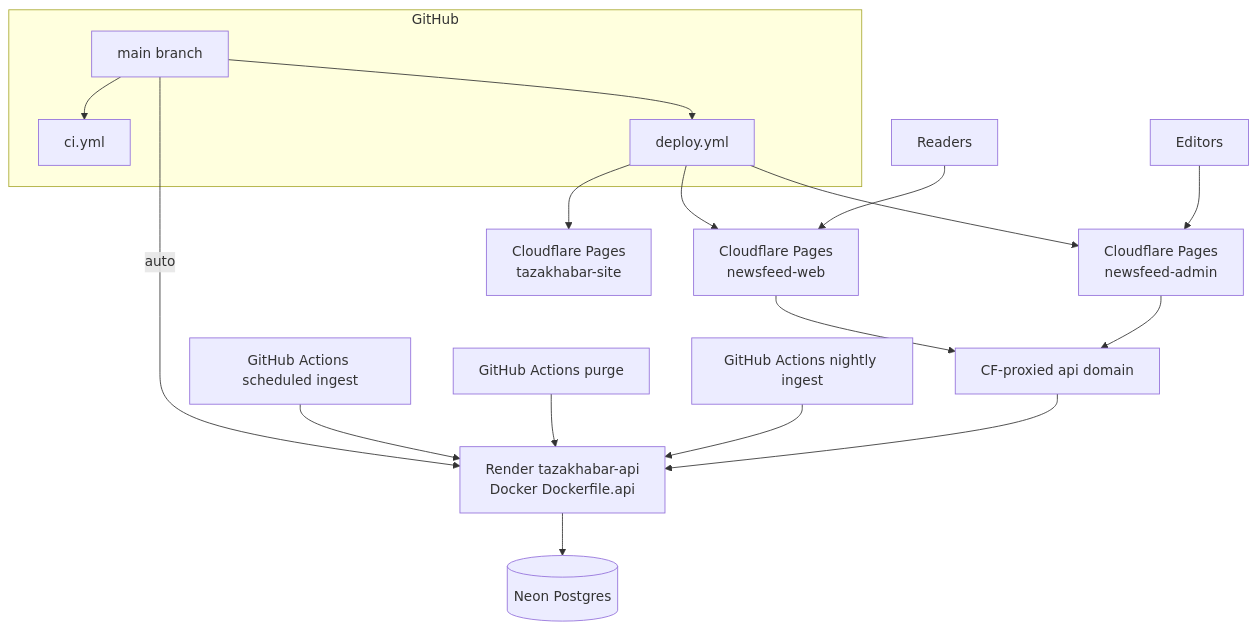
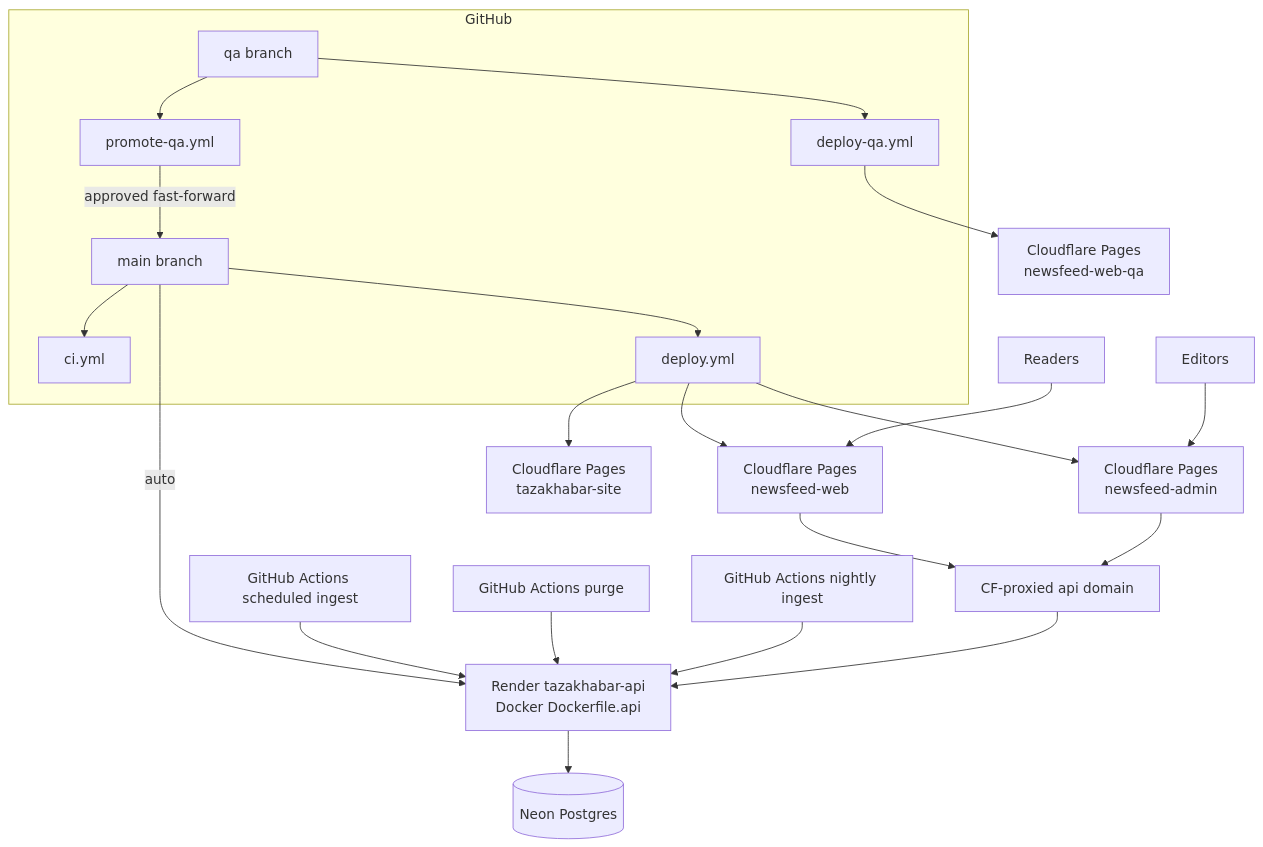
The diagram in docs/architecture/08-hosting-and-ci.md (sshivanshg/TAZAkhabar), drawn with Mermaid before and after one commit. The commit also changed other lines of this file and 2 other files, not shown here.

Commit message:
ci: add QA promotion flow

````diff
--- a/docs/architecture/08-hosting-and-ci.md
+++ b/docs/architecture/08-hosting-and-ci.md
@@ -17,24 +17,31 @@
 ```mermaid
 flowchart TB
   subgraph gh [GitHub]
+    QA[qa branch]
     Main[main branch]
     CI[ci.yml]
     Deploy[deploy.yml]
+    DeployQA[deploy-qa.yml]
+    PromoteQA[promote-qa.yml]
   end
 
+  QA --> DeployQA
+  QA --> PromoteQA
+  PromoteQA -->|approved fast-forward| Main
   Main --> CI
   Main -->|auto| Render[Render tazakhabar-api<br/>Docker Dockerfile.api]
   Main --> Deploy
   Deploy --> PagesWeb[Cloudflare Pages<br/>newsfeed-web]
+  DeployQA --> PagesQA[Cloudflare Pages<br/>newsfeed-web-qa]
   Deploy --> PagesSite[Cloudflare Pages<br/>tazakhabar-site]
   Deploy --> PagesAdmin[Cloudflare Pages<br/>newsfeed-admin]
   Render --> Neon[(Neon Postgres)]
   GHAIngest[GitHub Actions scheduled ingest] --> Render
   GHAPurge[GitHub Actions purge] --> Render
   CronDaily[GitHub Actions nightly ingest] --> Render
   Readers[Readers] --> PagesWeb
   Editors[Editors] --> PagesAdmin
   PagesWeb --> CFAPI[CF-proxied api domain]
   PagesAdmin --> CFAPI
   CFAPI --> Render
 ```
````
